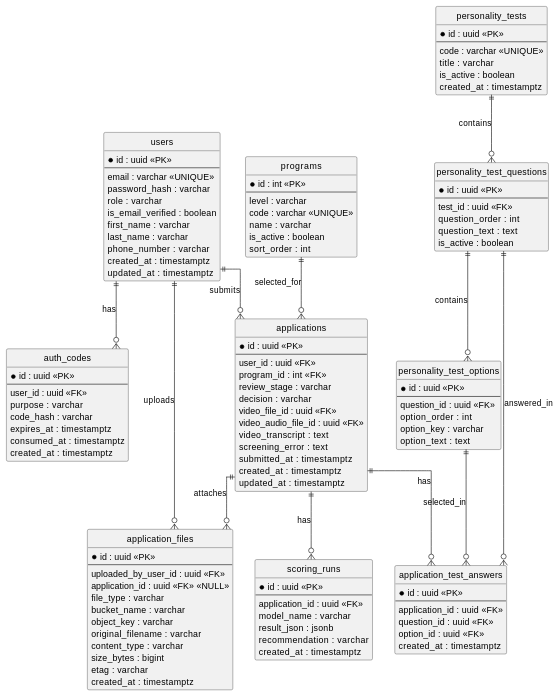
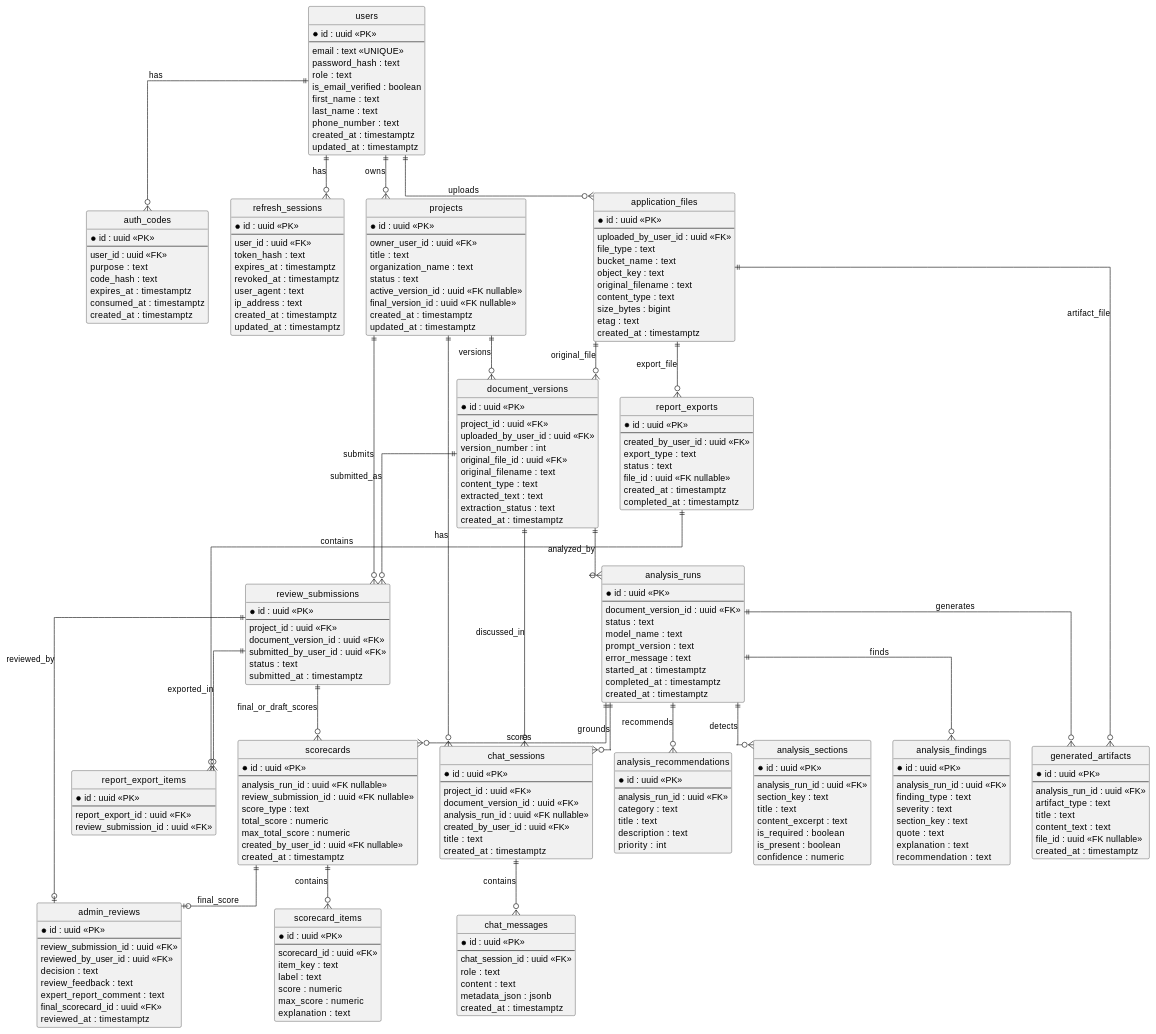
The second of 3 diagrams in ARCHITECTURE.md (agentic-lab-club/Satpayev_science_tz_hackaton), drawn with PlantUML before and after one commit. The commit also changed other lines of this file and 6 other files, not shown here.

````diff
--- a/ARCHITECTURE.md
+++ b/ARCHITECTURE.md
@@ -88,18 +71,18 @@
 ```plantuml
-
+@startuml
 hide circle
 skinparam linetype ortho
 
 entity "users" as users {
   *id : uuid <<PK>>
   --
-  email : varchar <<UNIQUE>>
-  password_hash : varchar
-  role : varchar
+  email : text <<UNIQUE>>
+  password_hash : text
+  role : text
   is_email_verified : boolean
-  first_name : varchar
-  last_name : varchar
-  phone_number : varchar
+  first_name : text
+  last_name : text
+  phone_number : text
   created_at : timestamptz
   updated_at : timestamptz
 }
@@ -108,112 +91,242 @@
   *id : uuid <<PK>>
   --
   user_id : uuid <<FK>>
-  purpose : varchar
-  code_hash : varchar
+  purpose : text
+  code_hash : text
   expires_at : timestamptz
   consumed_at : timestamptz
   created_at : timestamptz
 }
 
-entity "programs" as programs {
-  *id : int <<PK>>
-  --
-  level : varchar
-  code : varchar <<UNIQUE>>
-  name : varchar
-  is_active : boolean
-  sort_order : int
-}
-
-entity "applications" as applications {
+entity "refresh_sessions" as refresh_sessions {
   *id : uuid <<PK>>
   --
   user_id : uuid <<FK>>
-  program_id : int <<FK>>
-  review_stage : varchar
-  decision : varchar
-  video_file_id : uuid <<FK>>
-  video_audio_file_id : uuid <<FK>>
-  video_transcript : text
-  screening_error : text
-  submitted_at : timestamptz
+  token_hash : text
+  expires_at : timestamptz
+  revoked_at : timestamptz
+  user_agent : text
+  ip_address : text
   created_at : timestamptz
   updated_at : timestamptz
 }
 
-entity "application_files" as application_files {
+entity "projects" as projects {
+  *id : uuid <<PK>>
+  --
+  owner_user_id : uuid <<FK>>
+  title : text
+  organization_name : text
+  status : text
+  active_version_id : uuid <<FK nullable>>
+  final_version_id : uuid <<FK nullable>>
+  created_at : timestamptz
+  updated_at : timestamptz
+}
+
+entity "document_versions" as document_versions {
+  *id : uuid <<PK>>
+  --
+  project_id : uuid <<FK>>
+  uploaded_by_user_id : uuid <<FK>>
+  version_number : int
+  original_file_id : uuid <<FK>>
+  original_filename : text
+  content_type : text
+  extracted_text : text
+  extraction_status : text
+  created_at : timestamptz
+}
+
+entity "application_files" as files {
   *id : uuid <<PK>>
   --
   uploaded_by_user_id : uuid <<FK>>
-  application_id : uuid <<FK>> <<NULL>>
-  file_type : varchar
-  bucket_name : varchar
-  object_key : varchar
-  original_filename : varchar
-  content_type : varchar
+  file_type : text
+  bucket_name : text
+  object_key : text
+  original_filename : text
+  content_type : text
   size_bytes : bigint
-  etag : varchar
+  etag : text
   created_at : timestamptz
 }
 
-entity "personality_tests" as personality_tests {
+entity "analysis_runs" as analysis_runs {
   *id : uuid <<PK>>
   --
-  code : varchar <<UNIQUE>>
-  title : varchar
-  is_active : boolean
+  document_version_id : uuid <<FK>>
+  status : text
+  model_name : text
+  prompt_version : text
+  error_message : text
+  started_at : timestamptz
+  completed_at : timestamptz
   created_at : timestamptz
 }
 
-entity "personality_test_questions" as pt_questions {
+entity "analysis_sections" as sections {
   *id : uuid <<PK>>
   --
-  test_id : uuid <<FK>>
-  question_order : int
-  question_text : text
-  is_active : boolean
+  analysis_run_id : uuid <<FK>>
+  section_key : text
+  title : text
+  content_excerpt : text
+  is_required : boolean
+  is_present : boolean
+  confidence : numeric
 }
 
-entity "personality_test_options" as pt_options {
+entity "analysis_findings" as findings {
   *id : uuid <<PK>>
   --
-  question_id : uuid <<FK>>
-  option_order : int
-  option_key : varchar
-  option_text : text
+  analysis_run_id : uuid <<FK>>
+  finding_type : text
+  severity : text
+  section_key : text
+  quote : text
+  explanation : text
+  recommendation : text
 }
 
-entity "application_test_answers" as app_test_answers {
+entity "analysis_recommendations" as recommendations {
   *id : uuid <<PK>>
   --
-  application_id : uuid <<FK>>
-  question_id : uuid <<FK>>
-  option_id : uuid <<FK>>
+  analysis_run_id : uuid <<FK>>
+  category : text
+  title : text
+  description : text
+  priority : int
+}
+
+entity "scorecards" as scorecards {
+  *id : uuid <<PK>>
+  --
+  analysis_run_id : uuid <<FK nullable>>
+  review_submission_id : uuid <<FK nullable>>
+  score_type : text
+  total_score : numeric
+  max_total_score : numeric
+  created_by_user_id : uuid <<FK nullable>>
   created_at : timestamptz
 }
 
-entity "scoring_runs" as scoring_runs {
+entity "scorecard_items" as scorecard_items {
   *id : uuid <<PK>>
   --
-  application_id : uuid <<FK>>
-  model_name : varchar
-  result_json : jsonb
-  recommendation : varchar
+  scorecard_id : uuid <<FK>>
+  item_key : text
+  label : text
+  score : numeric
+  max_score : numeric
+  explanation : text
+}
+
+entity "generated_artifacts" as artifacts {
+  *id : uuid <<PK>>
+  --
+  analysis_run_id : uuid <<FK>>
+  artifact_type : text
+  title : text
+  content_text : text
+  file_id : uuid <<FK nullable>>
   created_at : timestamptz
 }
 
+entity "chat_sessions" as chat_sessions {
+  *id : uuid <<PK>>
+  --
+  project_id : uuid <<FK>>
+  document_version_id : uuid <<FK>>
+  analysis_run_id : uuid <<FK nullable>>
+  created_by_user_id : uuid <<FK>>
+  title : text
+  created_at : timestamptz
+}
+
+entity "chat_messages" as chat_messages {
+  *id : uuid <<PK>>
+  --
+  chat_session_id : uuid <<FK>>
+  role : text
+  content : text
+  metadata_json : jsonb
+  created_at : timestamptz
+}
+
+entity "review_submissions" as submissions {
+  *id : uuid <<PK>>
+  --
+  project_id : uuid <<FK>>
+  document_version_id : uuid <<FK>>
+  submitted_by_user_id : uuid <<FK>>
+  status : text
+  submitted_at : timestamptz
+}
+
+entity "admin_reviews" as reviews {
+  *id : uuid <<PK>>
+  --
+  review_submission_id : uuid <<FK>>
+  reviewed_by_user_id : uuid <<FK>>
+  decision : text
+  review_feedback : text
+  expert_report_comment : text
+  final_scorecard_id : uuid <<FK>>
+  reviewed_at : timestamptz
+}
+
+entity "report_exports" as exports {
+  *id : uuid <<PK>>
+  --
+  created_by_user_id : uuid <<FK>>
+  export_type : text
+  status : text
+  file_id : uuid <<FK nullable>>
+  created_at : timestamptz
+  completed_at : timestamptz
+}
+
+entity "report_export_items" as export_items {
+  *id : uuid <<PK>>
+  --
+  report_export_id : uuid <<FK>>
+  review_submission_id : uuid <<FK>>
+}
+
 users ||--o{ auth_codes : has
-users ||--o{ applications : submits
-users ||--o{ application_files : uploads
+users ||--o{ refresh_sessions : has
+users ||--o{ projects : owns
+users ||--o{ files : uploads
 
-programs ||--o{ applications : selected_for
+projects ||--o{ document_versions : versions
+projects ||--o{ chat_sessions : has
+projects ||--o{ submissions : submits
 
-applications ||--o{ application_files : attaches
-applications ||--o{ app_test_answers : has
-applications ||--o{ scoring_runs : has
+files ||--o{ document_versions : original_file
+files ||--o{ artifacts : artifact_file
+files ||--o{ exports : export_file
 
-personality_tests ||--o{ pt_questions : contains
-pt_questions ||--o{ pt_options : contains
-pt_questions ||--o{ app_test_answers : answered_in
-pt_options ||--o{ app_test_answers : selected_in
+document_versions ||--o{ analysis_runs : analyzed_by
+document_versions ||--o{ chat_sessions : discussed_in
+document_versions ||--o{ submissions : submitted_as
+
+analysis_runs ||--o{ sections : detects
+analysis_runs ||--o{ findings : finds
+analysis_runs ||--o{ recommendations : recommends
+analysis_runs ||--o{ scorecards : scores
+analysis_runs ||--o{ artifacts : generates
+analysis_runs ||--o{ chat_sessions : grounds
+
+scorecards ||--o{ scorecard_items : contains
+submissions ||--o{ scorecards : final_or_draft_scores
+submissions ||--o| reviews : reviewed_by
+scorecards ||--o| reviews : final_score
+
+chat_sessions ||--o{ chat_messages : contains
+
+exports ||--o{ export_items : contains
+submissions ||--o{ export_items : exported_in
+
+@enduml
 ```
````
